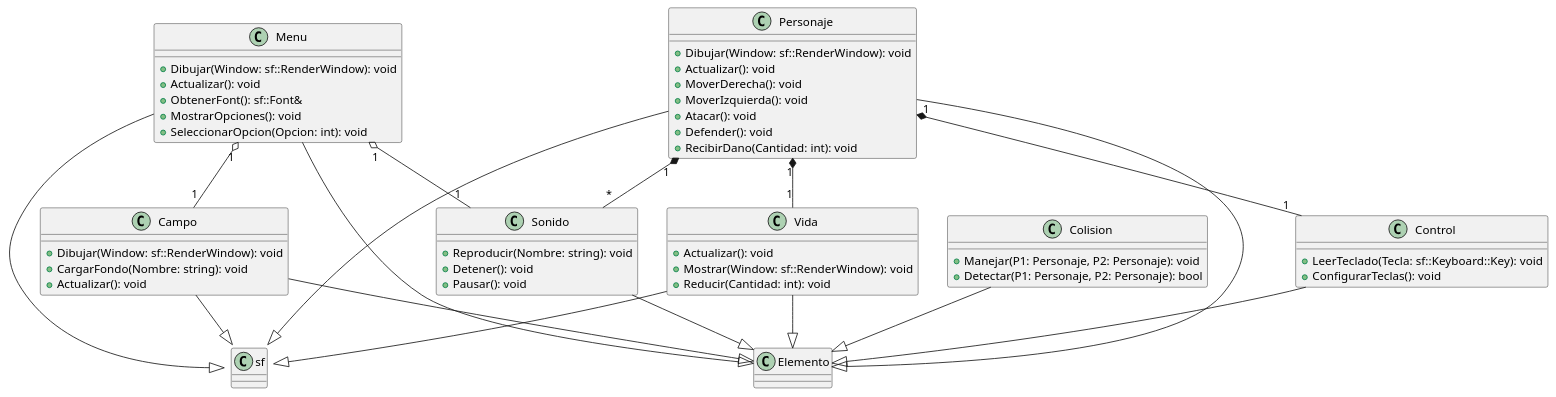
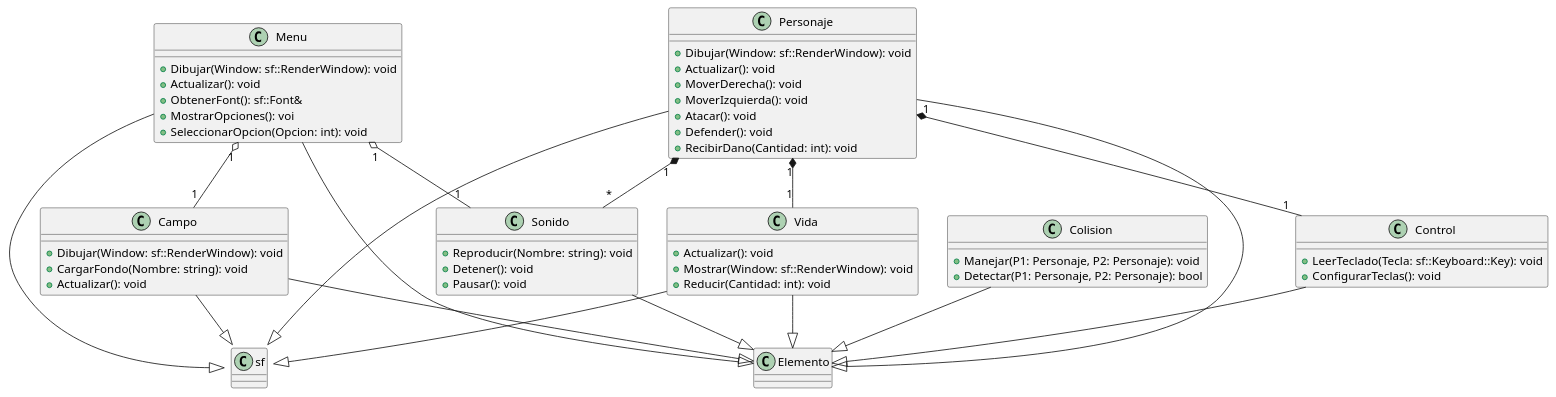
The diagram in documento/diagrama.puml (Cabrales040104/Cobra-Kai-), drawn with PlantUML before and after one commit. The commit also changed 8 other files, not shown here.

```diff
--- a/documento/diagrama.puml
+++ b/documento/diagrama.puml
@@ -1,72 +1,72 @@
 @startuml
 class Menu
 class Campo
 class Control
 class Personaje
 class Colision
 class Sonido
 class Vida
 
 class Menu {
   +Dibujar(Window: sf::RenderWindow): void
   +Actualizar(): void
   +ObtenerFont(): sf::Font&
-  +MostrarOpciones(): void
+  +MostrarOpciones(): voi
   +SeleccionarOpcion(Opcion: int): void
 }
 
 class Campo {
   +Dibujar(Window: sf::RenderWindow): void
   +CargarFondo(Nombre: string): void
   +Actualizar(): void
 }
 
 class Control {
   +LeerTeclado(Tecla: sf::Keyboard::Key): void
   +ConfigurarTeclas(): void
 }
 
 class Personaje {
   +Dibujar(Window: sf::RenderWindow): void
   +Actualizar(): void
   +MoverDerecha(): void
   +MoverIzquierda(): void
   +Atacar(): void
   +Defender(): void
   +RecibirDano(Cantidad: int): void
 }
 
 class Colision {
   +Manejar(P1: Personaje, P2: Personaje): void
   +Detectar(P1: Personaje, P2: Personaje): bool
 }
 
 class Vida {
   +Actualizar(): void
   +Mostrar(Window: sf::RenderWindow): void
   +Reducir(Cantidad: int): void
 }
 
 class Sonido {
   +Reproducir(Nombre: string): void
   +Detener(): void
   +Pausar(): void
 }
 
 Menu "1" o-- "1" Campo
 Menu "1" o-- "1" Sonido
 Personaje "1" *-- "1" Control
 Personaje "1" *-- "1" Vida
 Personaje "1" *-- "*" Sonido
 Campo --|> sf::RenderWindow
 Menu --|> sf::RenderWindow
 Vida --|> sf::RenderWindow
 Personaje --|> sf::RenderWindow
 Menu --|> Elemento
 Campo --|> Elemento
 Control --|> Elemento
 Personaje --|> Elemento
 Colision --|> Elemento
 Vida --|> Elemento
 Sonido --|> Elemento
 @enduml
```
